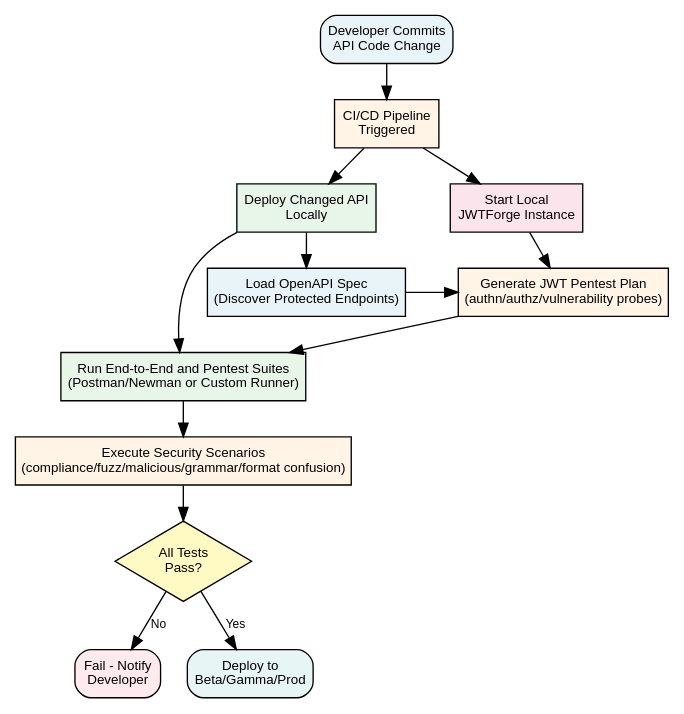
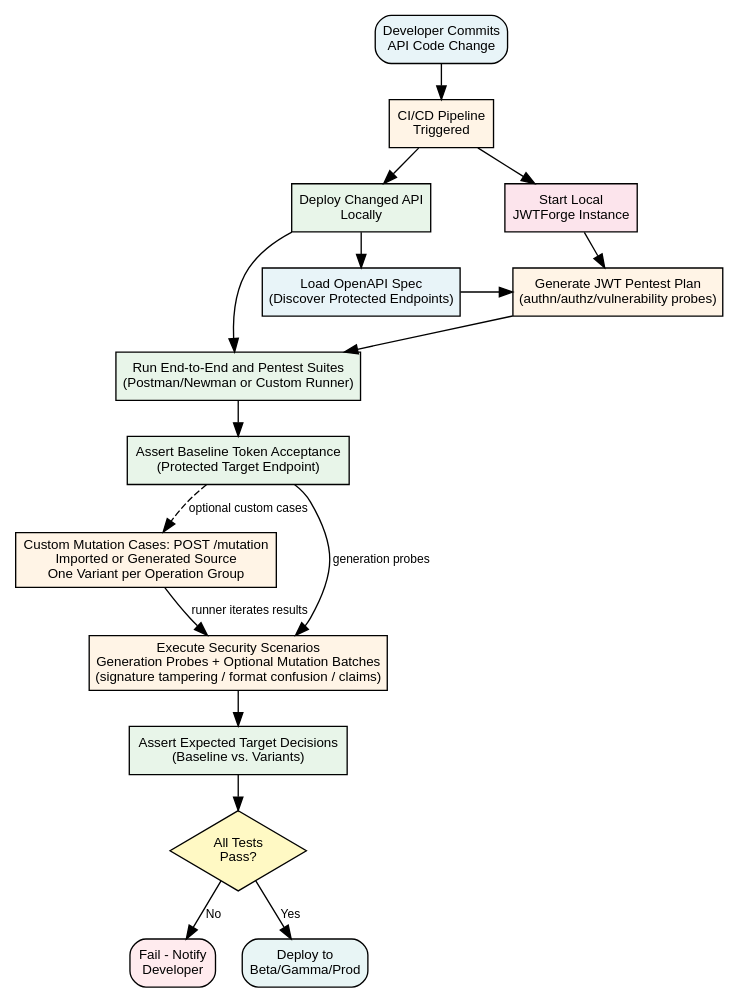
One commit to abhishektiwari/jwtforge changed the diagram in paper/images/graphviz/jwtforge-cicd-workflow.dot. Above: the diagram before and after it, drawn with Graphviz. The commit also changed 46 other files, not shown here.

```diff
--- a/paper/images/graphviz/jwtforge-cicd-workflow.dot
+++ b/paper/images/graphviz/jwtforge-cicd-workflow.dot
@@ -1,36 +1,43 @@
 digraph cicd_workflow {
     fontname="Helvetica,Arial,sans-serif"
     graph [ranksep=0.35, nodesep=0.28, margin=0.03]
     node [fontname="Helvetica,Arial,sans-serif", fontsize=10, margin="0.08,0.05", style=filled]
     edge [fontname="Helvetica,Arial,sans-serif", fontsize=9]
     rankdir=TB;
 
     commit [label="Developer Commits\nAPI Code Change", shape=box, fillcolor="#E8F4F8", style="filled,rounded"]
     trigger [label="CI/CD Pipeline\nTriggered", shape=box, fillcolor="#FFF4E6"]
     deploy_local [label="Deploy Changed API\nLocally", shape=box, fillcolor="#E8F5E9"]
     jwtforge [label="Start Local\nJWTForge Instance", shape=box, fillcolor="#FCE4EC"]
     openapi [label="Load OpenAPI Spec\n(Discover Protected Endpoints)", shape=box, fillcolor="#E8F4F8"]
     pentest [label="Generate JWT Pentest Plan\n(authn/authz/vulnerability probes)", shape=box, fillcolor="#FFF4E6"]
     postman [label="Run End-to-End and Pentest Suites\n(Postman/Newman or Custom Runner)", shape=box, fillcolor="#E8F5E9"]
-    security_test [label="Execute Security Scenarios\n(compliance/fuzz/malicious/grammar/format confusion)", shape=box, fillcolor="#FFF4E6"]
+    baseline [label="Assert Baseline Token Acceptance\n(Protected Target Endpoint)", shape=box, fillcolor="#E8F5E9"]
+    mutation [label="Custom Mutation Cases: POST /mutation\nImported or Generated Source\nOne Variant per Operation Group", shape=box, fillcolor="#FFF4E6"]
+    security_test [label="Execute Security Scenarios\nGeneration Probes + Optional Mutation Batches\n(signature tampering / format confusion / claims)", shape=box, fillcolor="#FFF4E6"]
+    compare [label="Assert Expected Target Decisions\n(Baseline vs. Variants)", shape=box, fillcolor="#E8F5E9"]
     decision [label="All Tests\nPass?", shape=diamond, fillcolor="#FFF9C4"]
     fail [label="Fail - Notify\nDeveloper", shape=box, fillcolor="#FFEBEE", style="filled,rounded"]
     deploy_beta [label="Deploy to\nBeta/Gamma/Prod", shape=box, fillcolor="#E8F5F5", style="filled,rounded"]
 
     { rank=same; deploy_local; jwtforge }
     { rank=same; openapi; pentest }
     { rank=same; fail; deploy_beta }
 
     commit -> trigger
     trigger -> deploy_local
     trigger -> jwtforge
     deploy_local -> openapi
     openapi -> pentest
     jwtforge -> pentest
     pentest -> postman
     deploy_local -> postman
-    postman -> security_test
-    security_test -> decision
+    postman -> baseline
+    baseline -> security_test [label="generation probes"]
+    baseline -> mutation [style=dashed, label="optional custom cases"]
+    mutation -> security_test [label="runner iterates results"]
+    security_test -> compare
+    compare -> decision
     decision -> fail [label="No"]
     decision -> deploy_beta [label="Yes"]
 }
```
